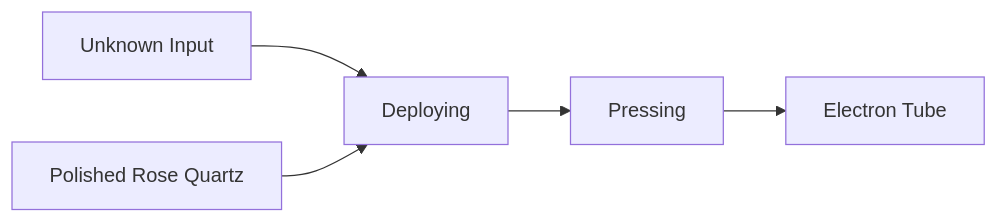
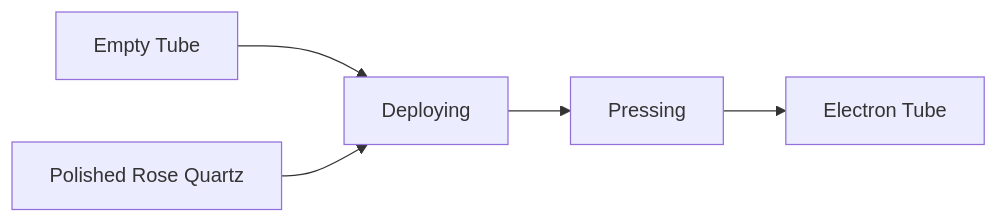
Diagram 43 of 59 in recipes.md (cybutr/kubejs), drawn with Mermaid before and after one commit. The commit also changed other lines of this file and 28 other files, not shown here.

````diff
--- a/recipes.md
+++ b/recipes.md
@@ -292,10 +450,10 @@
 ```mermaid
 graph LR
-    start["Unknown Input"]
+    start["Empty Tube"]
     D0["Deploying"]
     start --> D0
     in0["Polished Rose Quartz"] --> D0
     P1["Pressing"]
     D0 --> P1
     P1 --> out0["Electron Tube"]
 ```
````
